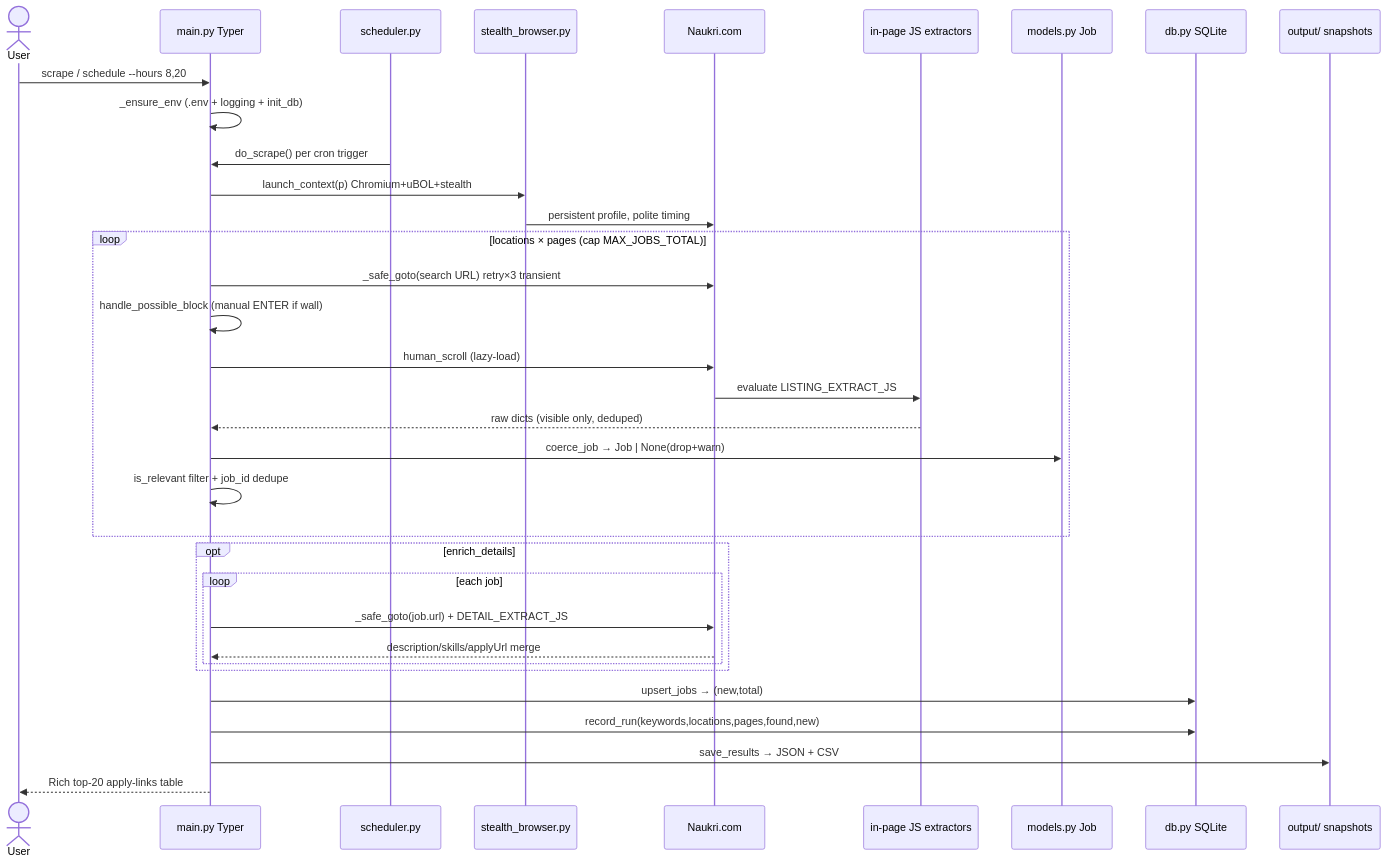
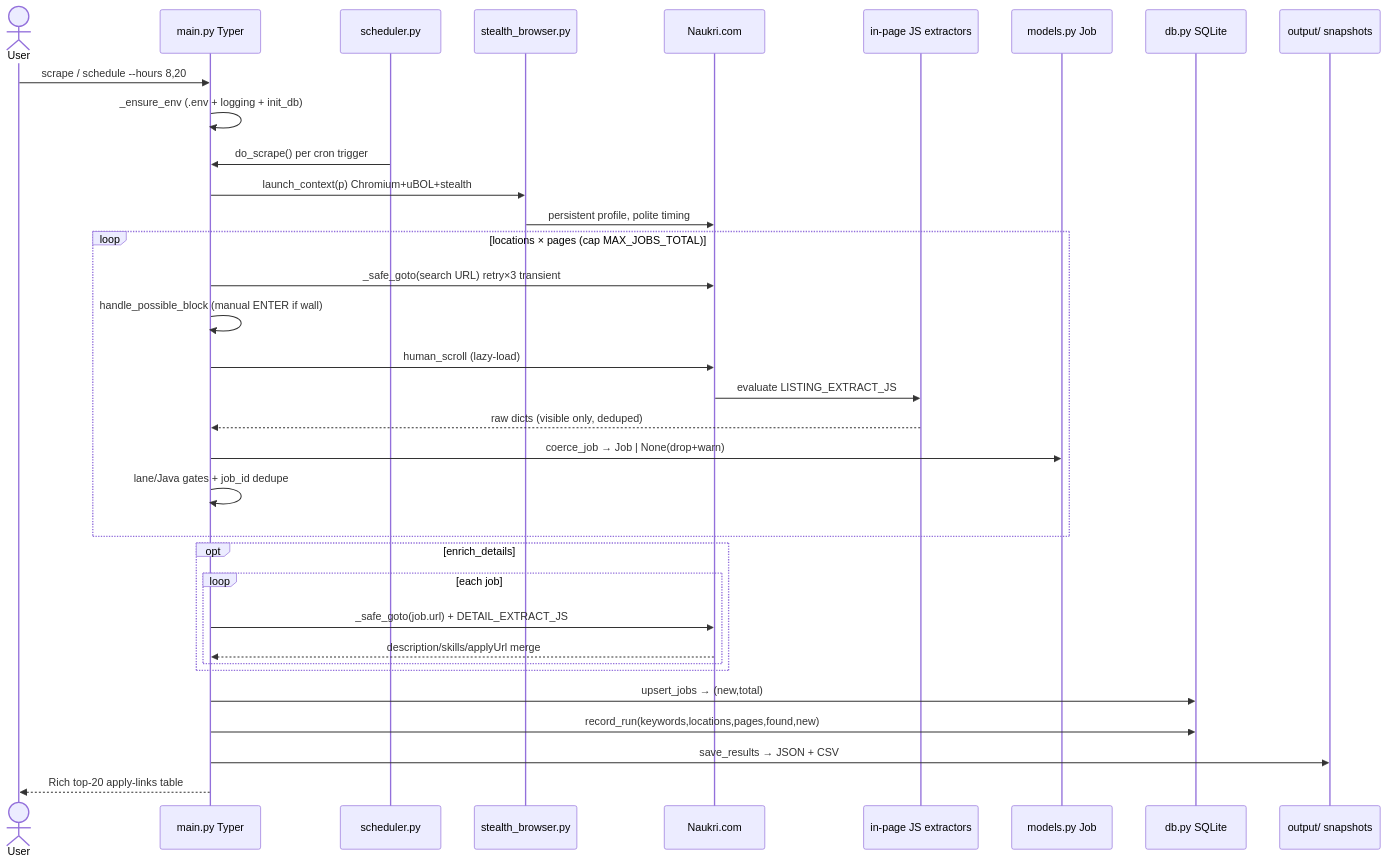
Before and after one commit to AslamNazeerShaikh/PythonWebScraping: the fourth of 10 diagrams in docs/CODE_EXPLANATION.md, drawn with Mermaid. The commit also changed other lines of this file and 15 other files, not shown here.

````diff
--- a/docs/CODE_EXPLANATION.md
+++ b/docs/CODE_EXPLANATION.md
@@ -430,36 +442,36 @@
 ```mermaid
 sequenceDiagram
     actor User
     participant CLI as main.py Typer
     participant Sched as scheduler.py
     participant Brow as stealth_browser.py
     participant Site as Naukri.com
     participant JS as in-page JS extractors
     participant Val as models.py Job
     participant DB as db.py SQLite
     participant Files as output/ snapshots
     User->>CLI: scrape / schedule --hours 8,20
     CLI->>CLI: _ensure_env (.env + logging + init_db)
     Sched->>CLI: do_scrape() per cron trigger
     CLI->>Brow: launch_context(p) Chromium+uBOL+stealth
     Brow->>Site: persistent profile, polite timing
     loop locations × pages (cap MAX_JOBS_TOTAL)
         CLI->>Site: _safe_goto(search URL) retry×3 transient
         CLI->>CLI: handle_possible_block (manual ENTER if wall)
         CLI->>Site: human_scroll (lazy-load)
         Site->>JS: evaluate LISTING_EXTRACT_JS
         JS-->>CLI: raw dicts (visible only, deduped)
         CLI->>Val: coerce_job → Job | None(drop+warn)
-        CLI->>CLI: is_relevant filter + job_id dedupe
+        CLI->>CLI: lane/Java gates + job_id dedupe
     end
     opt enrich_details
         loop each job
             CLI->>Site: _safe_goto(job.url) + DETAIL_EXTRACT_JS
             Site-->>CLI: description/skills/applyUrl merge
         end
     end
     CLI->>DB: upsert_jobs → (new,total)
     CLI->>DB: record_run(keywords,locations,pages,found,new)
     CLI->>Files: save_results → JSON + CSV
     CLI-->>User: Rich top-20 apply-links table
 ```
````
